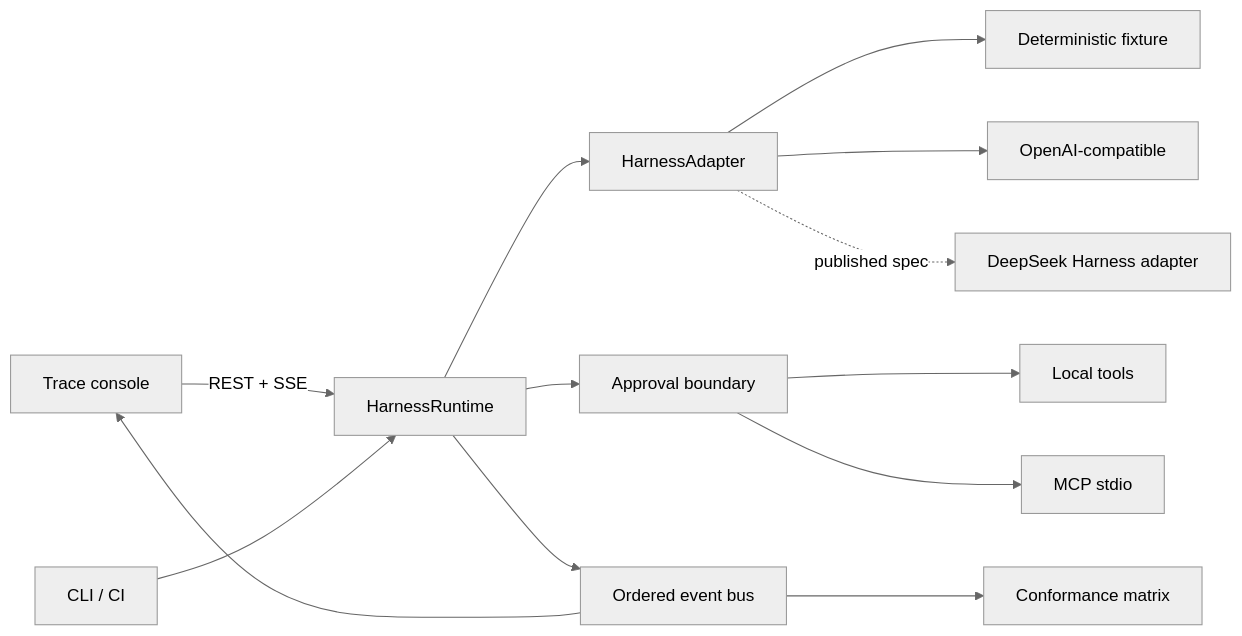
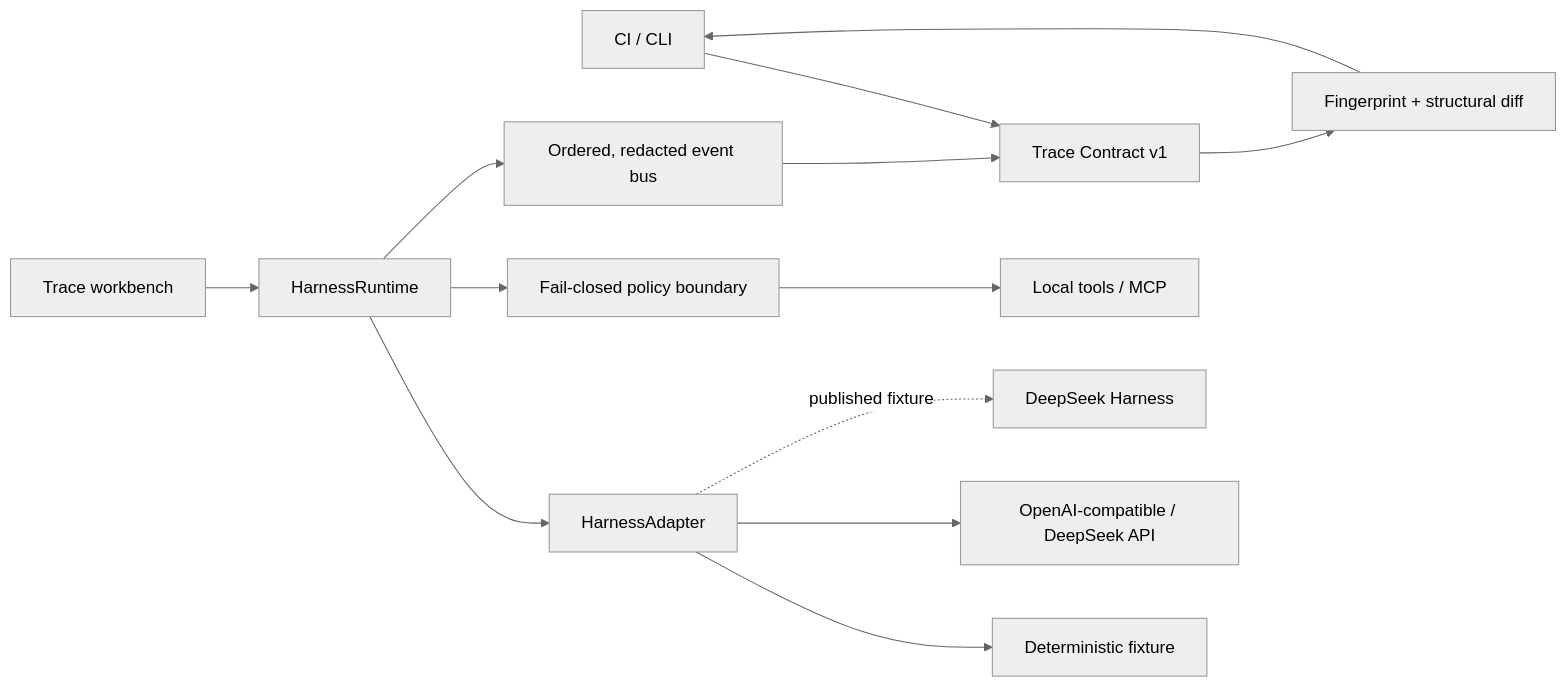
One commit to Linxiushen/evoagent-os changed the diagram in README.md. Above: the diagram before and after it, drawn with Mermaid (neutral theme). The commit also changed other lines of this file and 30 other files, not shown here.

Commit message:
feat: add trace contract regression gates

````diff
--- a/README.md
+++ b/README.md
@@ -63,15 +113,15 @@
 ```mermaid
 flowchart LR
-    UI["Trace console"] -->|REST + SSE| RT["HarnessRuntime"]
-    CLI["CLI / CI"] --> RT
-    RT --> AD["HarnessAdapter"]
-    AD --> DEMO["Deterministic fixture"]
-    AD --> COMPAT["OpenAI-compatible"]
-    AD -. published spec .-> DSH["DeepSeek Harness adapter"]
-    RT --> POLICY["Approval boundary"]
-    POLICY --> TOOLS["Local tools"]
-    POLICY --> MCP["MCP stdio"]
-    RT --> BUS["Ordered event bus"]
-    BUS --> UI
-    BUS --> CHECKS["Conformance matrix"]
+    CI["CI / CLI"] --> CONTRACT["Trace Contract v1"]
+    UI["Trace workbench"] --> RT["HarnessRuntime"]
+    RT --> ADAPTER["HarnessAdapter"]
+    ADAPTER --> DEMO["Deterministic fixture"]
+    ADAPTER --> API["OpenAI-compatible / DeepSeek API"]
+    ADAPTER -. published fixture .-> DSH["DeepSeek Harness"]
+    RT --> POLICY["Fail-closed policy boundary"]
+    POLICY --> TOOLS["Local tools / MCP"]
+    RT --> EVENTS["Ordered, redacted event bus"]
+    EVENTS --> CONTRACT
+    CONTRACT --> DIFF["Fingerprint + structural diff"]
+    DIFF --> CI
 ```
````
